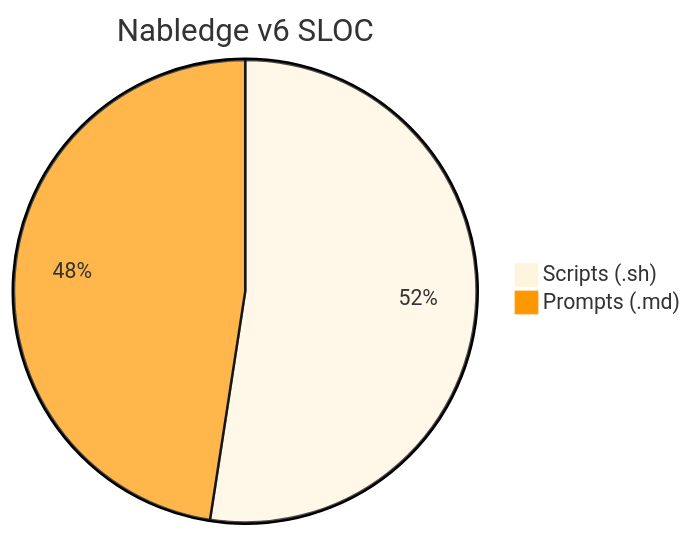
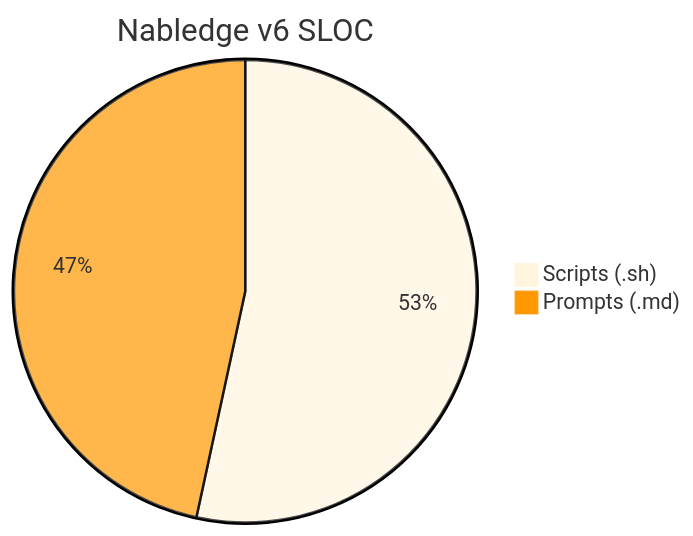
Before and after one commit to nablarch/nabledge-dev: the ninth of 14 diagrams in docs/metrics.md, drawn with Mermaid. The commit also changed other lines of this file, not shown here.

````diff
--- a/docs/metrics.md
+++ b/docs/metrics.md
@@ -129,6 +129,6 @@
 ```mermaid
 %%{init: {'theme': 'base', 'themeVariables': {'pie2': '#FF9800'}}}%%
 pie title Nabledge v6 SLOC
-  "Scripts (.sh)" : 1066
-  "Prompts (.md)" : 967
+  "Scripts (.sh)" : 1056
+  "Prompts (.md)" : 922
 ```
````
